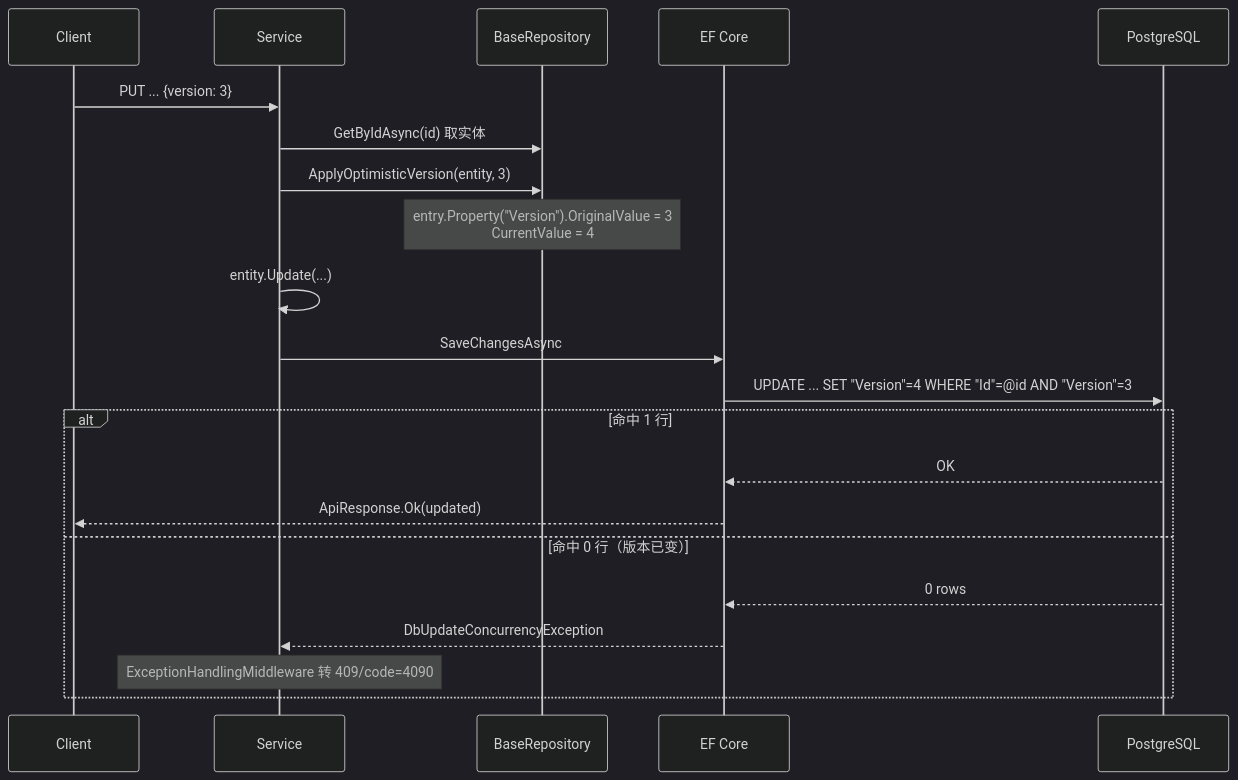
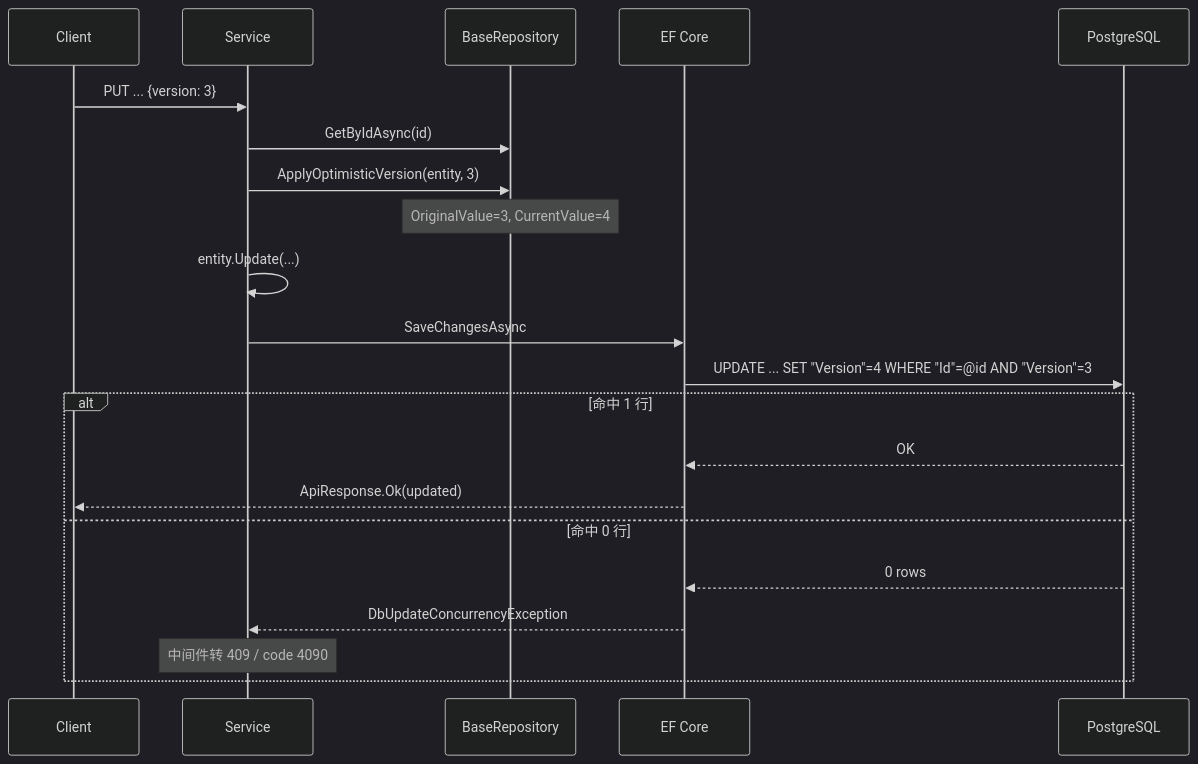
Before and after one commit to whyitsy/blog-CI-CD: the fifth of 5 diagrams in docs/backend.md, drawn with Mermaid (dark theme). The commit also changed other lines of this file and 12 other files, not shown here.

````diff
--- a/docs/backend.md
+++ b/docs/backend.md
@@ -544,24 +843,24 @@
 ```mermaid
 sequenceDiagram
   participant C as Client
   participant S as Service
   participant R as BaseRepository
   participant EF as EF Core
   participant PG as PostgreSQL
 
   C->>S: PUT ... {version: 3}
-  S->>R: GetByIdAsync(id) 取实体
+  S->>R: GetByIdAsync(id)
   S->>R: ApplyOptimisticVersion(entity, 3)
-  Note over R: entry.Property("Version").OriginalValue = 3<br/>CurrentValue = 4
+  Note over R: OriginalValue=3, CurrentValue=4
   S->>S: entity.Update(...)
   S->>EF: SaveChangesAsync
   EF->>PG: UPDATE ... SET "Version"=4 WHERE "Id"=@id AND "Version"=3
   alt 命中 1 行
     PG-->>EF: OK
     EF-->>C: ApiResponse.Ok(updated)
-  else 命中 0 行（版本已变）
+  else 命中 0 行
     PG-->>EF: 0 rows
     EF-->>S: DbUpdateConcurrencyException
-    Note over S: ExceptionHandlingMiddleware 转 409/code=4090
+    Note over S: 中间件转 409 / code 4090
   end
 ```
````
